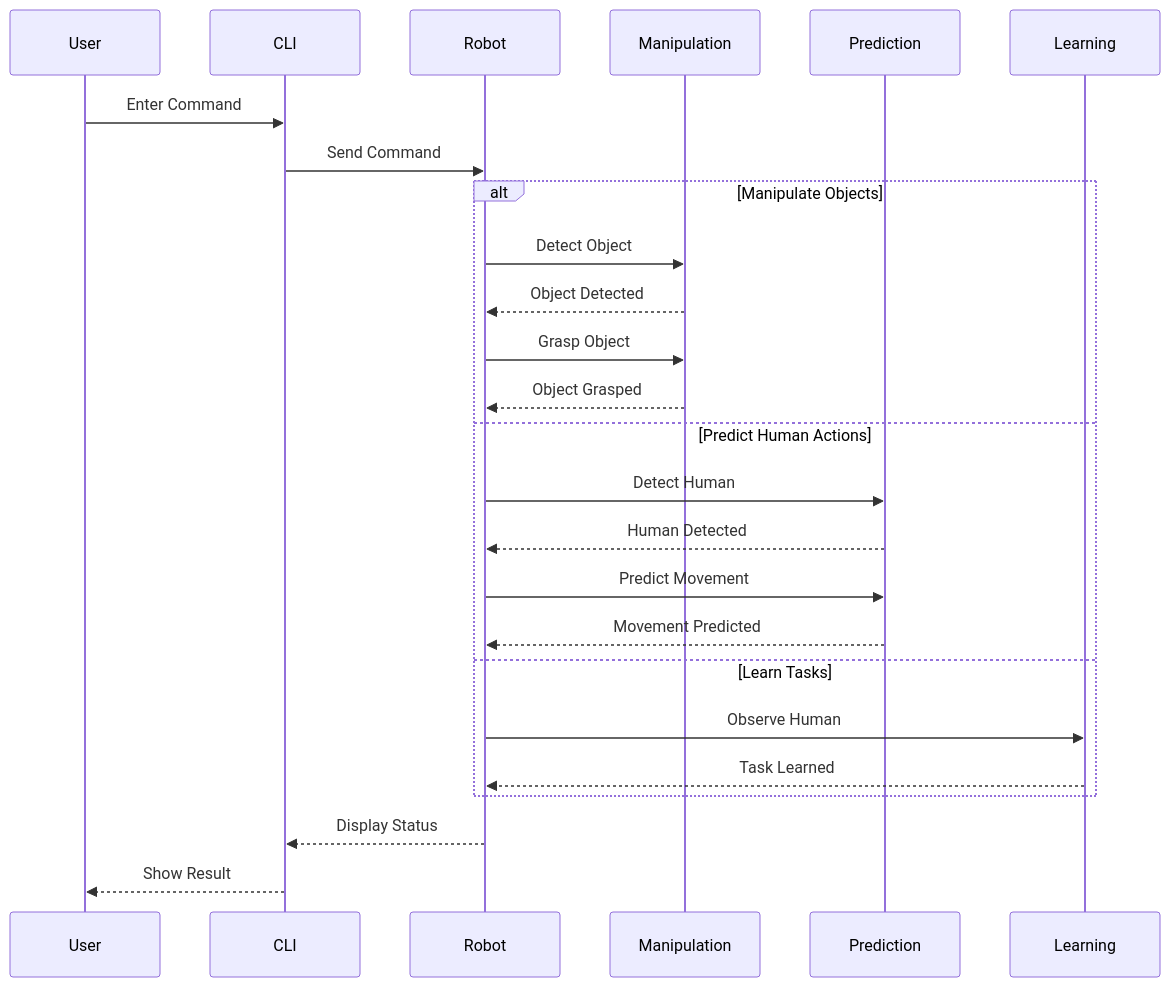
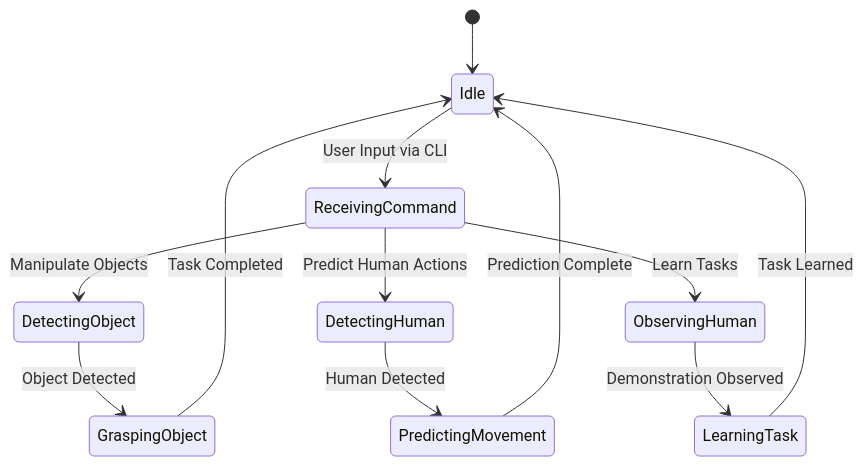
One commit to ImraanMeyer/humanoid_robot_designs changed the third of 4 diagrams in README.MD. Above: the diagram before and after it, drawn with Mermaid. The commit also changed other lines of this file, not shown here.

Commit message:
remove theme options

````diff
--- a/README.MD
+++ b/README.MD
@@ -83,35 +79,18 @@
 ```mermaid
 ---
 config:
-  look: handDrawn
-  theme: default
   layout: dagre
 ---
-sequenceDiagram
-    participant User
-    participant CLI
-    participant Robot
-    participant Manipulation
-    participant Prediction
-    participant Learning
-
-    User->>CLI: Enter Command
-    CLI->>Robot: Send Command
-    alt Manipulate Objects
-        Robot->>Manipulation: Detect Object
-        Manipulation-->>Robot: Object Detected
-        Robot->>Manipulation: Grasp Object
-        Manipulation-->>Robot: Object Grasped
-    else Predict Human Actions
-        Robot->>Prediction: Detect Human
-        Prediction-->>Robot: Human Detected
-        Robot->>Prediction: Predict Movement
-        Prediction-->>Robot: Movement Predicted
-    else Learn Tasks
-        Robot->>Learning: Observe Human
-        Learning-->>Robot: Task Learned
-    end
-    Robot-->>CLI: Display Status
-    CLI-->>User: Show Result
-
+stateDiagram-v2    
+ [*] --> Idle
+    Idle --> ReceivingCommand: User Input via CLI
+    ReceivingCommand --> DetectingObject: Manipulate Objects
+    ReceivingCommand --> DetectingHuman: Predict Human Actions
+    ReceivingCommand --> ObservingHuman: Learn Tasks
+    DetectingObject --> GraspingObject: Object Detected
+    GraspingObject --> Idle: Task Completed
+    DetectingHuman --> PredictingMovement: Human Detected
+    PredictingMovement --> Idle: Prediction Complete
+    ObservingHuman --> LearningTask: Demonstration Observed
+    LearningTask --> Idle: Task Learned
 ```
````
